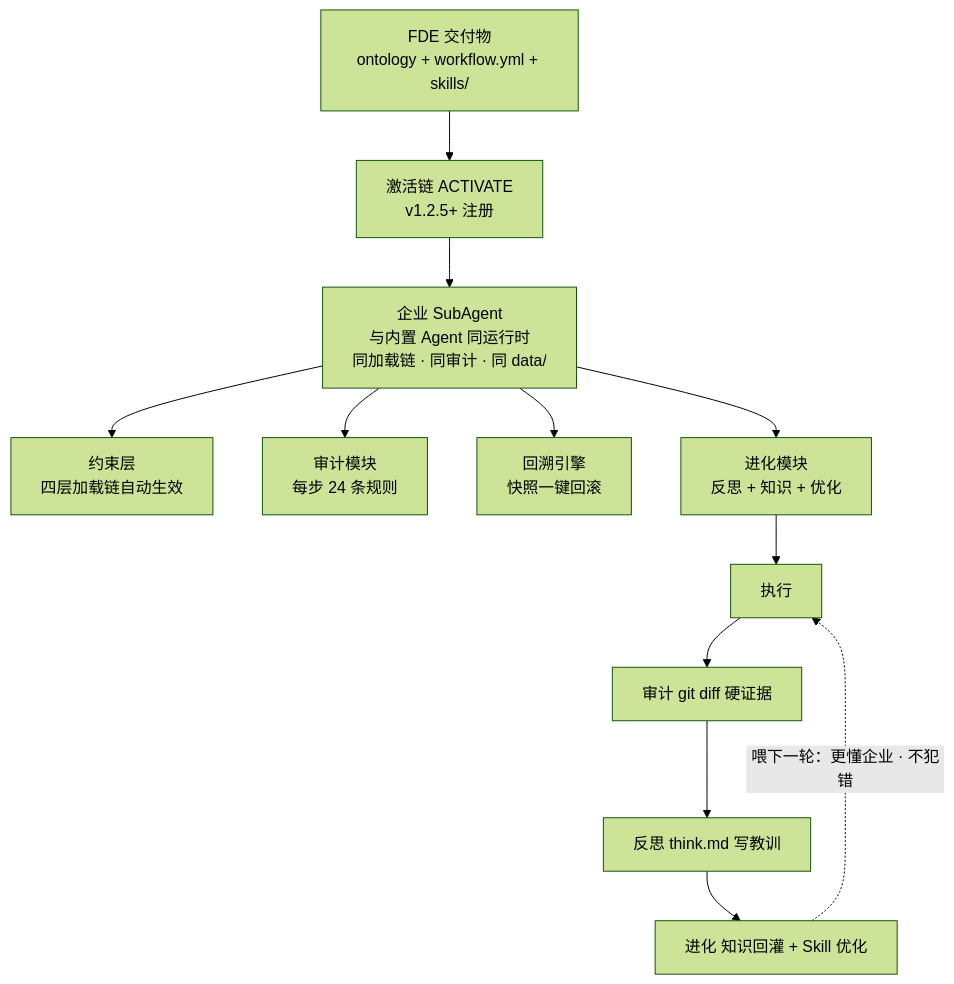
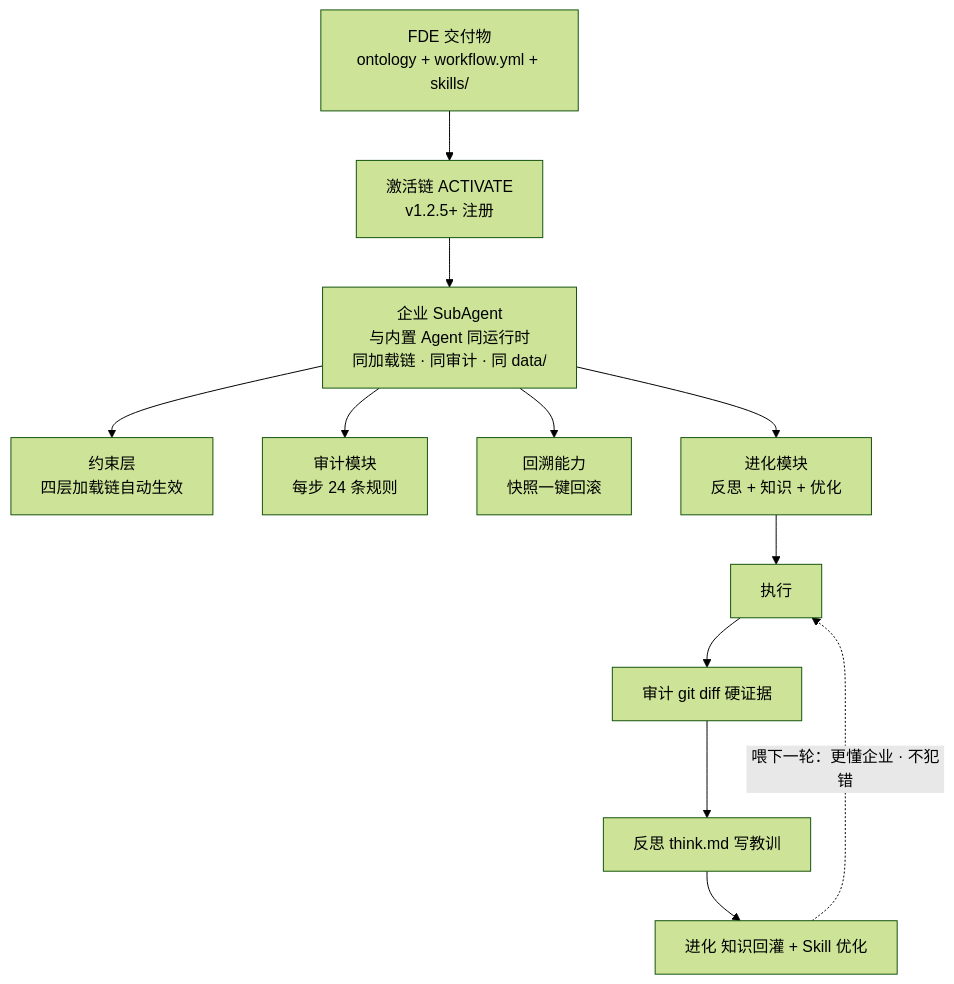
Before and after one commit to KongFangXun/sofagent: the diagram in docs/guides/fde-activation-chain.md, drawn with Mermaid (forest theme). The commit also changed other lines of this file and 23 other files, not shown here.

````diff
--- a/docs/guides/fde-activation-chain.md
+++ b/docs/guides/fde-activation-chain.md
@@ -518,15 +518,15 @@
 ```mermaid
 flowchart TD
     DELIV[FDE 交付物<br/>ontology + workflow.yml + skills/] --> ACT[激活链 ACTIVATE<br/>v1.2.5+ 注册]
     ACT --> SA[企业 SubAgent<br/>与内置 Agent 同运行时<br/>同加载链 · 同审计 · 同 data/]
     SA --> CB[约束层<br/>四层加载链自动生效]
     SA --> AU[审计模块<br/>每步 24 条规则]
-    SA --> RE[回溯引擎<br/>快照一键回滚]
+    SA --> RE[回溯能力<br/>快照一键回滚]
     SA --> EV[进化模块<br/>反思 + 知识 + 优化]
 
     EV --> LOOP1[执行]
     LOOP1 --> LOOP2[审计 git diff 硬证据]
     LOOP2 --> LOOP3[反思 think.md 写教训]
     LOOP3 --> LOOP4[进化 知识回灌 + Skill 优化]
     LOOP4 -.->|喂下一轮：更懂企业 · 不犯错| LOOP1
 ```
````
